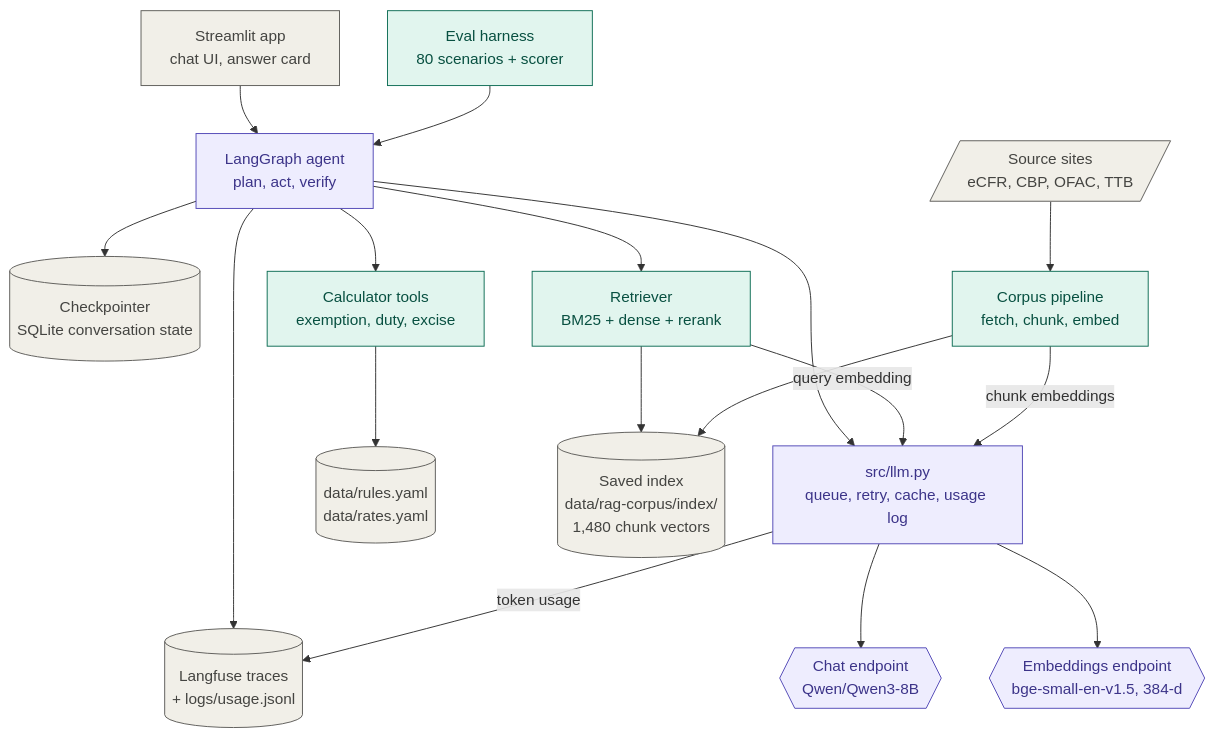
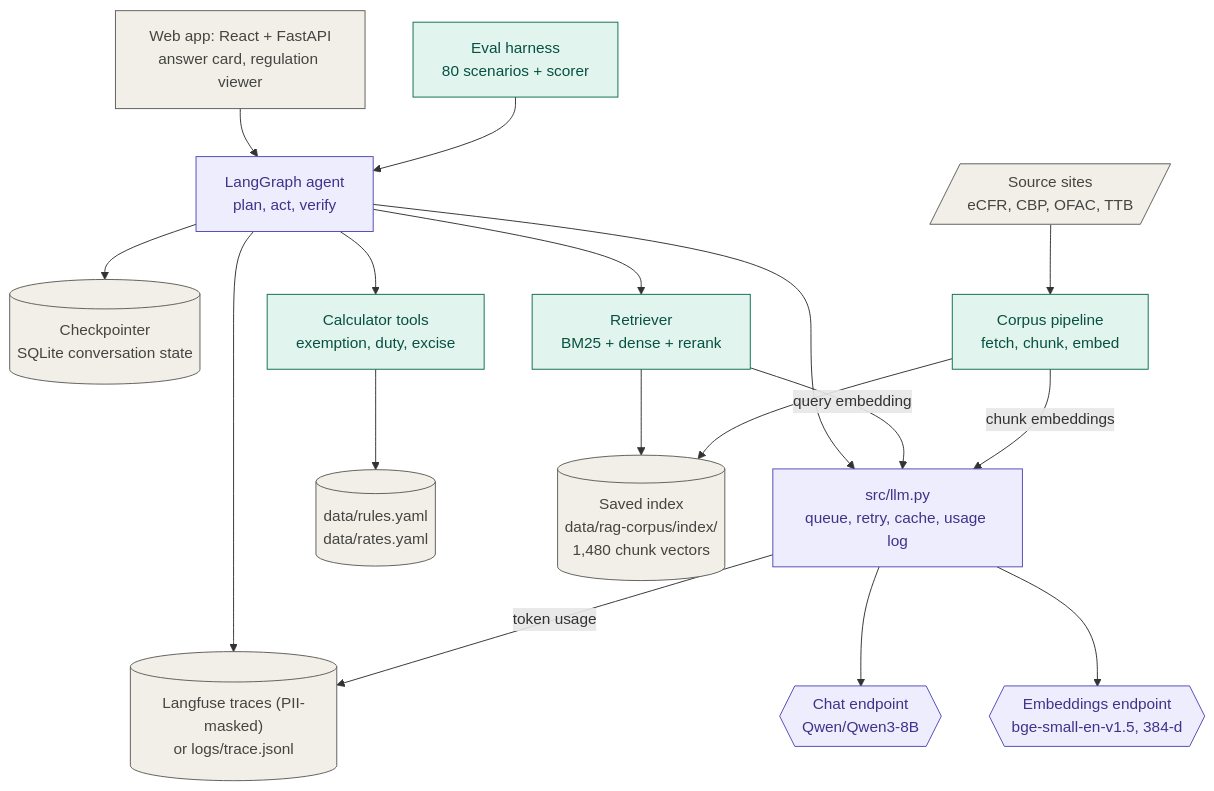
The first of 2 diagrams in customs-agent/docs/ARCHITECTURE.md (swateek/upgrad-capstone), drawn with Mermaid before and after one commit. The commit also changed 31 other files, not shown here.

Commit message:
Web app (React + FastAPI), Langfuse tracing, PII masking, rate limit; fixes from first hands-on tests

````diff
--- a/customs-agent/docs/ARCHITECTURE.md
+++ b/customs-agent/docs/ARCHITECTURE.md
@@ -9,38 +9,38 @@
 ```mermaid
 flowchart TB
-    UI["Streamlit app<br/>chat UI, answer card"]
+    UI["Web app: React + FastAPI<br/>answer card, regulation viewer"]
     EVAL["Eval harness<br/>80 scenarios + scorer"]
     AGENT["LangGraph agent<br/>plan, act, verify"]
     CKPT[("Checkpointer<br/>SQLite conversation state")]
-    TRACE[("Langfuse traces<br/>+ logs/usage.jsonl")]
+    TRACE[("Langfuse traces (PII-masked)<br/>or logs/trace.jsonl")]
     CALC["Calculator tools<br/>exemption, duty, excise"]
     RET["Retriever<br/>BM25 + dense + rerank"]
     LLM["src/llm.py<br/>queue, retry, cache, usage log"]
     RULES[("data/rules.yaml<br/>data/rates.yaml")]
     QD[("Saved index<br/>data/rag-corpus/index/<br/>1,480 chunk vectors")]
     CHAT{{"Chat endpoint<br/>Qwen/Qwen3-8B"}}
     EMB{{"Embeddings endpoint<br/>bge-small-en-v1.5, 384-d"}}
     SRC[/"Source sites<br/>eCFR, CBP, OFAC, TTB"/]
     CORPUS["Corpus pipeline<br/>fetch, chunk, embed"]
 
     UI --> AGENT
     EVAL --> AGENT
     AGENT --> CKPT
     AGENT --> TRACE
     AGENT --> CALC --> RULES
     AGENT --> RET --> QD
     AGENT --> LLM
     RET -->|query embedding| LLM
     LLM --> CHAT
     LLM --> EMB
     LLM -->|token usage| TRACE
     SRC --> CORPUS --> QD
     CORPUS -->|chunk embeddings| LLM
 
     classDef llm fill:#EEEDFE,stroke:#534AB7,color:#3C3489
     classDef code fill:#E1F5EE,stroke:#0F6E56,color:#085041
     classDef data fill:#F1EFE8,stroke:#5F5E5A,color:#444441
     class AGENT,LLM,CHAT,EMB llm
     class EVAL,CALC,RET,CORPUS code
     class UI,CKPT,TRACE,RULES,QD,SRC data
 ```
````
